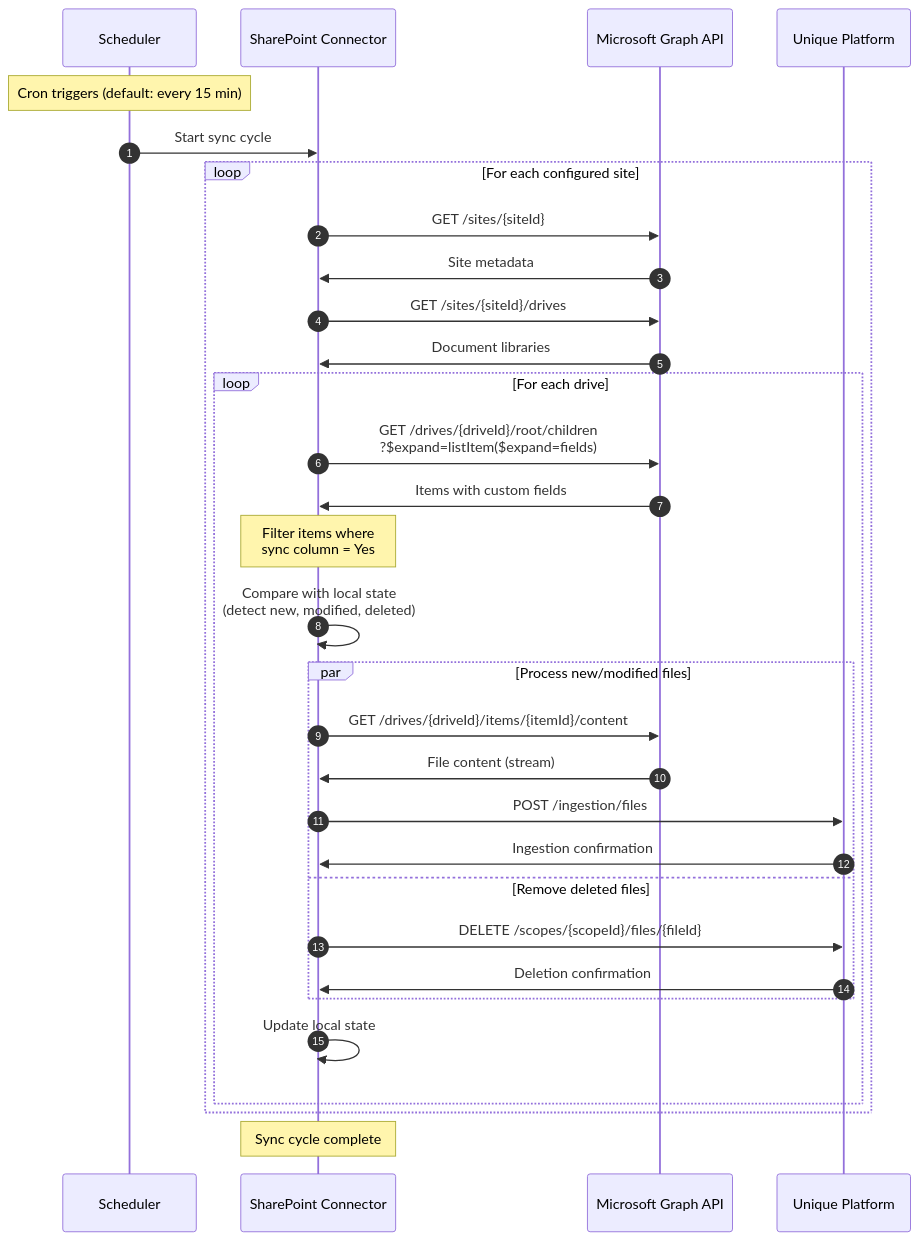
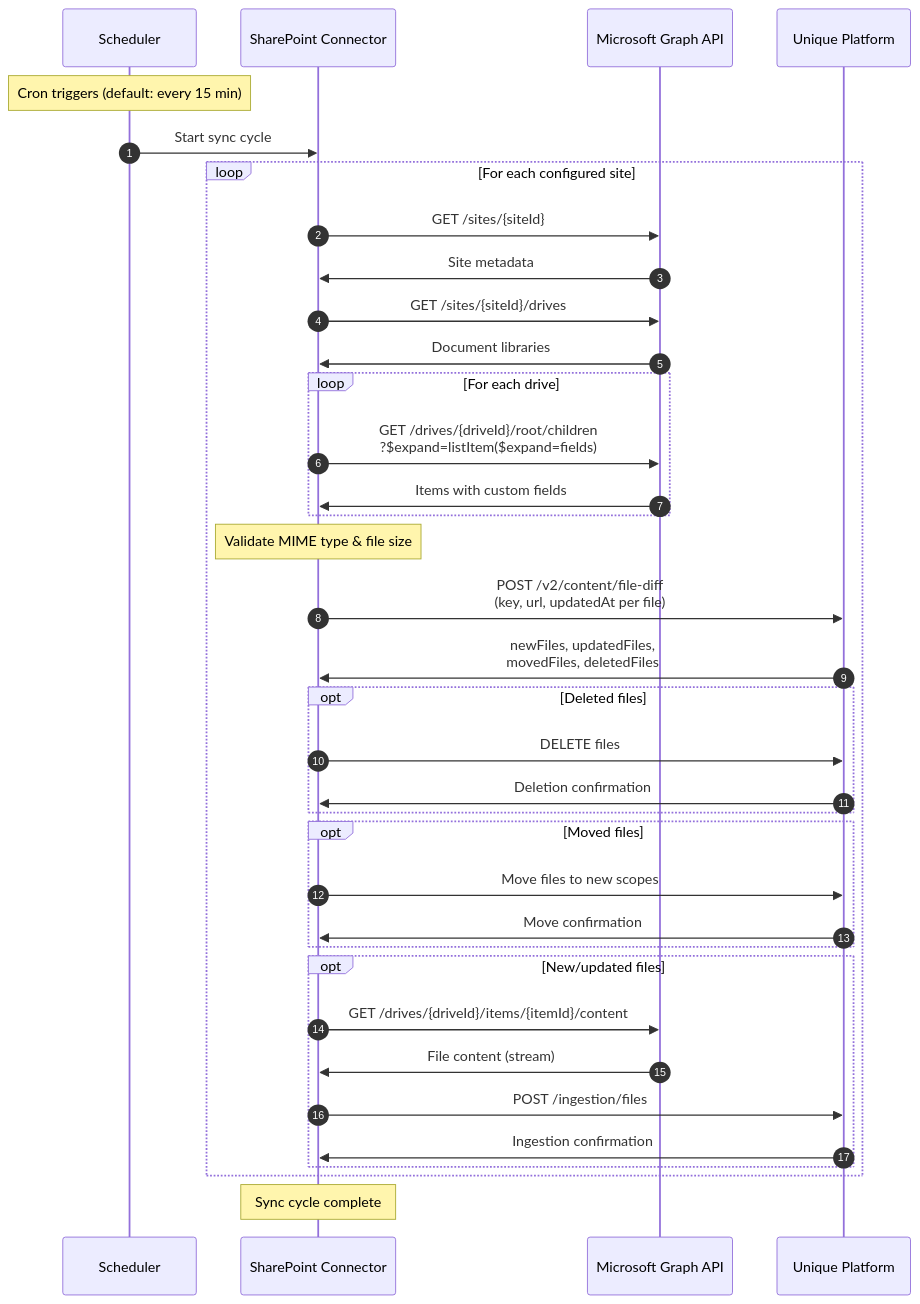
Before and after one commit to Unique-AG/connectors: the second of 10 diagrams in services/sharepoint-connector/docs/technical/flows.md, drawn with Mermaid. The commit also changed other lines of this file and 8 other files, not shown here.

````diff
--- a/services/sharepoint-connector/docs/technical/flows.md
+++ b/services/sharepoint-connector/docs/technical/flows.md
@@ -46,42 +48,48 @@
 ```mermaid
 sequenceDiagram
     autonumber
     participant Scheduler
     participant Connector as SharePoint Connector
     participant Graph as Microsoft Graph API
     participant Unique as Unique Platform
 
     Note over Scheduler: Cron triggers (default: every 15 min)
     Scheduler->>Connector: Start sync cycle
 
     loop For each configured site
         Connector->>Graph: GET /sites/{siteId}
         Graph->>Connector: Site metadata
 
         Connector->>Graph: GET /sites/{siteId}/drives
         Graph->>Connector: Document libraries
 
         loop For each drive
             Connector->>Graph: GET /drives/{driveId}/root/children<br/>?$expand=listItem($expand=fields)
             Graph->>Connector: Items with custom fields
+        end
 
-            Note over Connector: Filter items where<br/>sync column = Yes
+        Note over Connector: Validate MIME type & file size
 
-            Connector->>Connector: Compare with local state<br/>(detect new, modified, deleted)
+        Connector->>Unique: POST /v2/content/file-diff<br/>(key, url, updatedAt per file)
+        Unique->>Connector: newFiles, updatedFiles,<br/>movedFiles, deletedFiles
 
-            par Process new/modified files
-                Connector->>Graph: GET /drives/{driveId}/items/{itemId}/content
-                Graph->>Connector: File content (stream)
-                Connector->>Unique: POST /ingestion/files
-                Unique->>Connector: Ingestion confirmation
-            and Remove deleted files
-                Connector->>Unique: DELETE /scopes/{scopeId}/files/{fileId}
-                Unique->>Connector: Deletion confirmation
-            end
+        opt Deleted files
+            Connector->>Unique: DELETE files
+            Unique->>Connector: Deletion confirmation
+        end
 
-            Connector->>Connector: Update local state
+        opt Moved files
+            Connector->>Unique: Move files to new scopes
+            Unique->>Connector: Move confirmation
+        end
+
+        opt New/updated files
+            Connector->>Graph: GET /drives/{driveId}/items/{itemId}/content
+            Graph->>Connector: File content (stream)
+            Connector->>Unique: POST /ingestion/files
+            Unique->>Connector: Ingestion confirmation
         end
     end
 
     Note over Connector: Sync cycle complete
 ```
````
